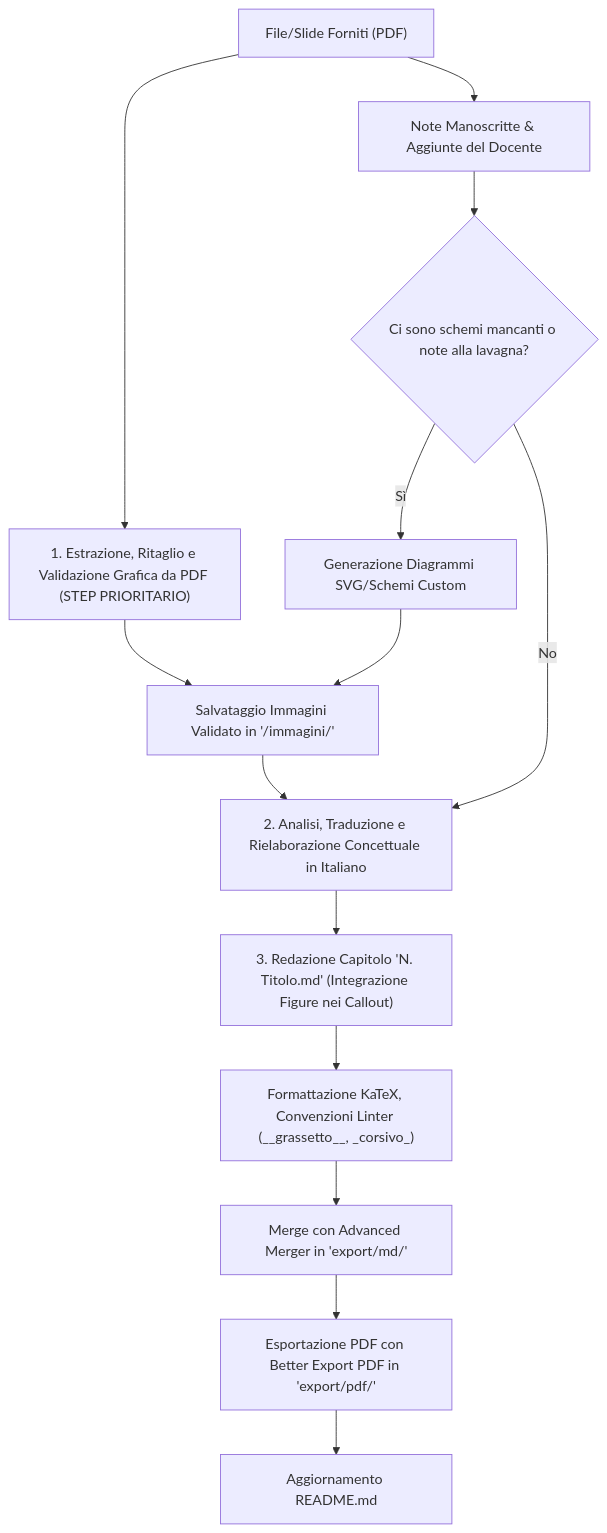
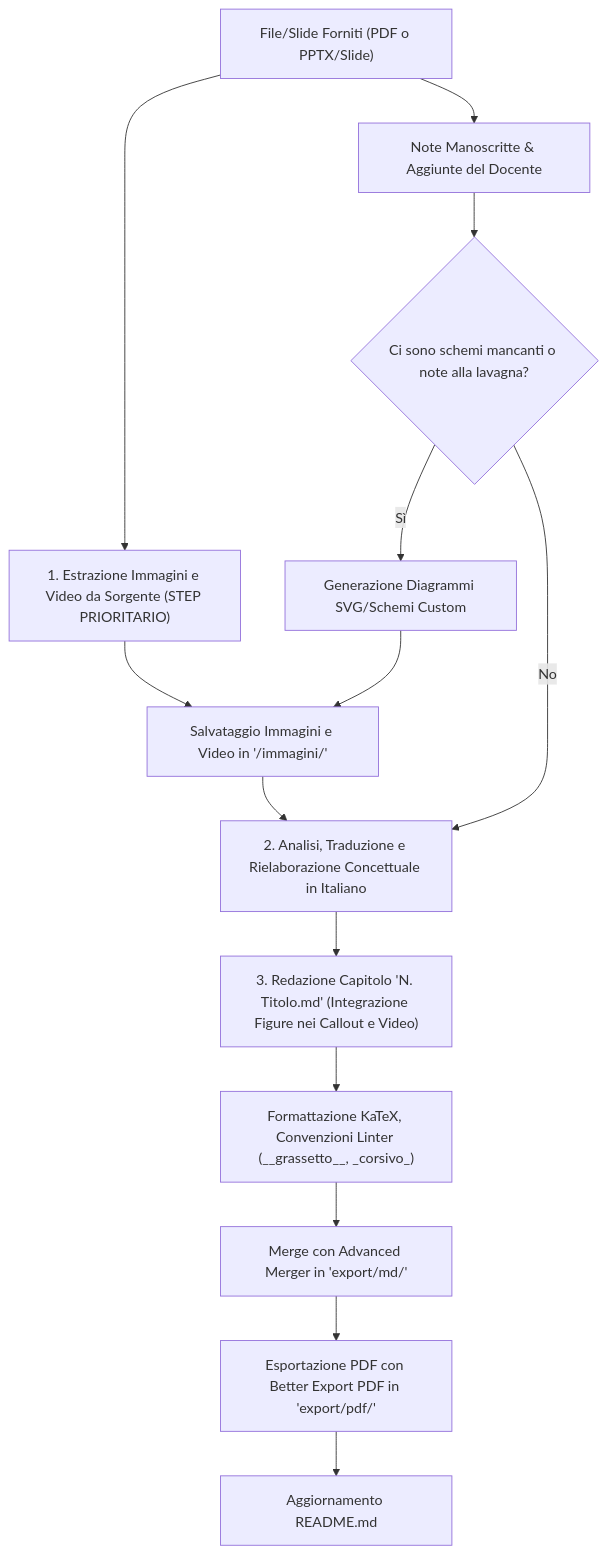
One commit to michelevantaggi02/Magistrale changed the diagram in STRUTTURA_E_GUIDA_APPUNTI.md. Above: the diagram before and after it, drawn with Mermaid. The commit also changed other lines of this file and 6 other files, not shown here.

````diff
--- a/STRUTTURA_E_GUIDA_APPUNTI.md
+++ b/STRUTTURA_E_GUIDA_APPUNTI.md
@@ -304,16 +369,16 @@
 ```mermaid
 flowchart TD
-    A["File/Slide Forniti (PDF)"] --> B["1. Estrazione, Ritaglio e Validazione Grafica da PDF (STEP PRIORITARIO)"]
-    B --> C["Salvataggio Immagini Validato in '<Materia>/immagini/'"]
+    A["File/Slide Forniti (PDF o PPTX/Slide)"] --> B["1. Estrazione Immagini e Video da Sorgente (STEP PRIORITARIO)"]
+    B --> C["Salvataggio Immagini e Video in '<Materia>/immagini/'"]
     A --> D["Note Manoscritte & Aggiunte del Docente"]
     D --> E{"Ci sono schemi mancanti o note alla lavagna?"}
     E -- "Sì" --> F["Generazione Diagrammi SVG/Schemi Custom"]
     F --> C
     E -- "No" --> G["2. Analisi, Traduzione e Rielaborazione Concettuale in Italiano"]
     C --> G
-    G --> H["3. Redazione Capitolo 'N. Titolo.md' (Integrazione Figure nei Callout)"]
+    G --> H["3. Redazione Capitolo 'N. Titolo.md' (Integrazione Figure nei Callout e Video)"]
     H --> I["Formattazione KaTeX, Convenzioni Linter (__grassetto__, _corsivo_)"]
     I --> L["Merge con Advanced Merger in 'export/md/'"]
     L --> M["Esportazione PDF con Better Export PDF in 'export/pdf/'"]
     M --> N["Aggiornamento README.md"]
 ```
````
